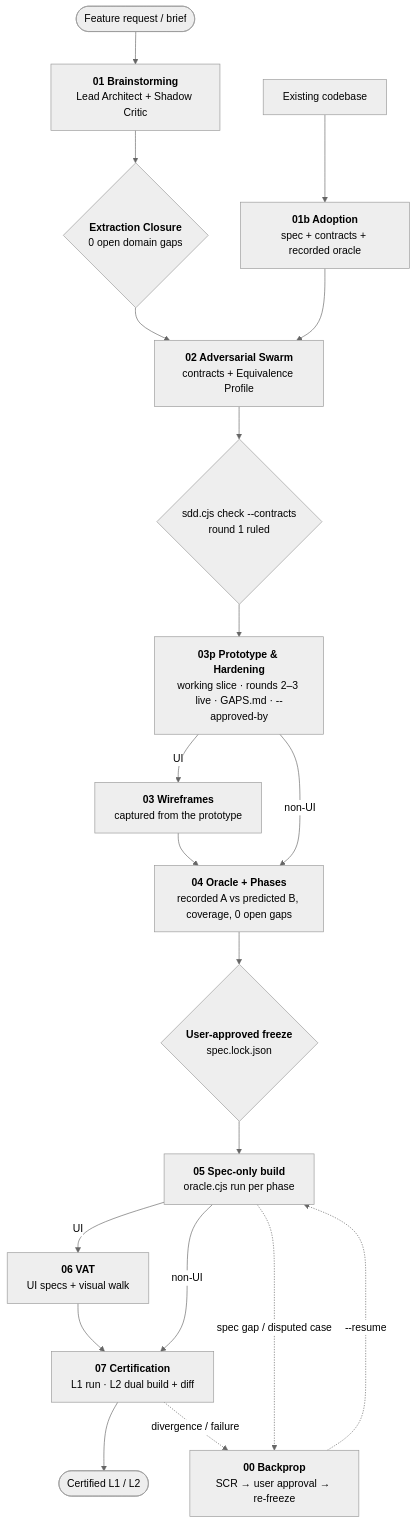
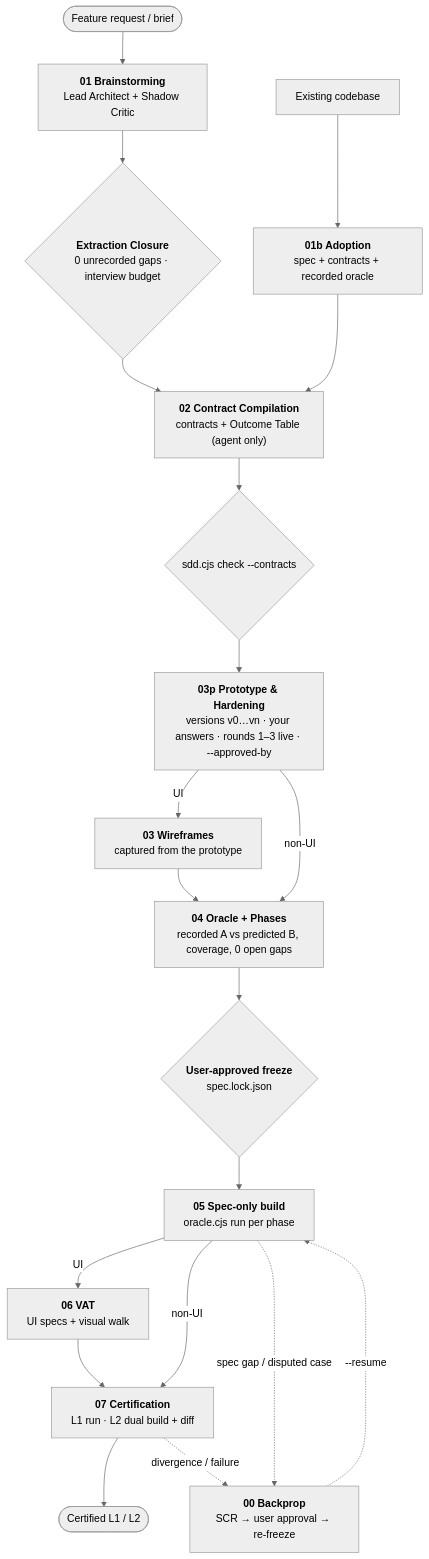
Before and after one commit to Wilberto-lopez-skymantics/skills: the diagram in icm-workspace-template/README.md, drawn with Mermaid (neutral theme). The commit also changed other lines of this file and 19 other files, not shown here.

````diff
--- a/icm-workspace-template/README.md
+++ b/icm-workspace-template/README.md
@@ -136,22 +138,22 @@
 ```mermaid
 flowchart TD
     Start(["Feature request / brief"]) --> S01["<b>01 Brainstorming</b><br/>Lead Architect + Shadow Critic"]
     Adopt["Existing codebase"] --> S01b["<b>01b Adoption</b><br/>spec + contracts + recorded oracle"]
     S01b --> S02
-    S01 --> G01{"<b>Extraction Closure</b><br/>0 open domain gaps"}
-    G01 --> S02["<b>02 Adversarial Swarm</b><br/>contracts + Equivalence Profile"]
-    S02 --> C{"sdd.cjs check --contracts<br/>round 1 ruled"}
-    C --> S03p["<b>03p Prototype & Hardening</b><br/>working slice · rounds 2–3 live · GAPS.md · --approved-by"]
+    S01 --> G01{"<b>Extraction Closure</b><br/>0 unrecorded gaps · interview budget"}
+    G01 --> S02["<b>02 Contract Compilation</b><br/>contracts + Outcome Table (agent only)"]
+    S02 --> C{"sdd.cjs check --contracts"}
+    C --> S03p["<b>03p Prototype & Hardening</b><br/>versions v0…vn · your answers · rounds 1–3 live · --approved-by"]
     S03p -- "UI" --> S03["<b>03 Wireframes</b><br/>captured from the prototype"]
     S03p -- "non-UI" --> S04
     S03 --> S04["<b>04 Oracle + Phases</b><br/>recorded A vs predicted B, coverage, 0 open gaps"]
     S04 --> F{"<b>User-approved freeze</b><br/>spec.lock.json"}
     F --> S05["<b>05 Spec-only build</b><br/>oracle.cjs run per phase"]
     S05 -- "UI" --> S06["<b>06 VAT</b><br/>UI specs + visual walk"]
     S05 -- "non-UI" --> S07
     S06 --> S07["<b>07 Certification</b><br/>L1 run · L2 dual build + diff"]
     S07 --> DONE(["Certified L1 / L2"])
     S05 -. "spec gap / disputed case" .-> S00
     S07 -. "divergence / failure" .-> S00["<b>00 Backprop</b><br/>SCR → user approval → re-freeze"]
     S00 -. "--resume" .-> S05
 ```
````
